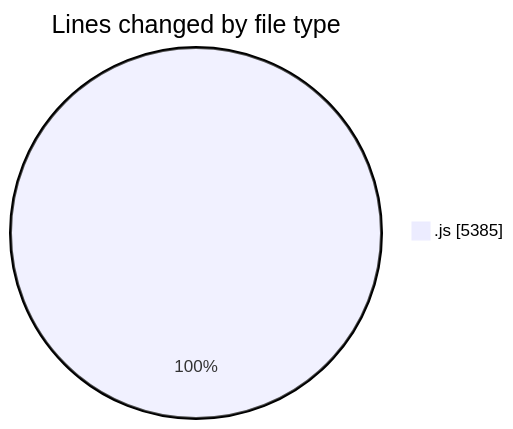
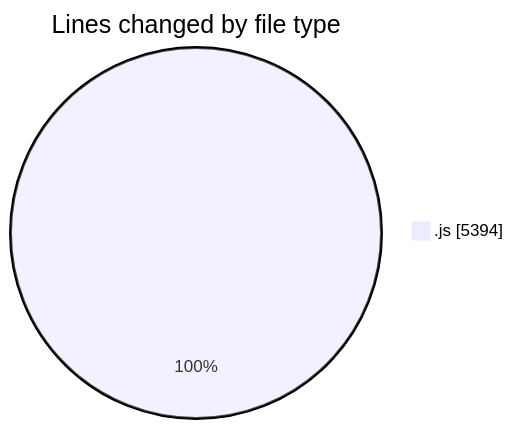
One commit to nxtqubesakshisongat/code-tracking changed the first of 2 diagrams in 2025-10-15/nxtqube_webapp/README.md. Above: the diagram before and after it, drawn with Mermaid. The commit also changed other lines of this file and 1 other file, not shown here.

````diff
--- a/2025-10-15/nxtqube_webapp/README.md
+++ b/2025-10-15/nxtqube_webapp/README.md
@@ -21,5 +21,5 @@
 ```mermaid
 pie showData
 title Lines changed by file type
-".js" : 5385
+".js" : 5394
 ```
````
